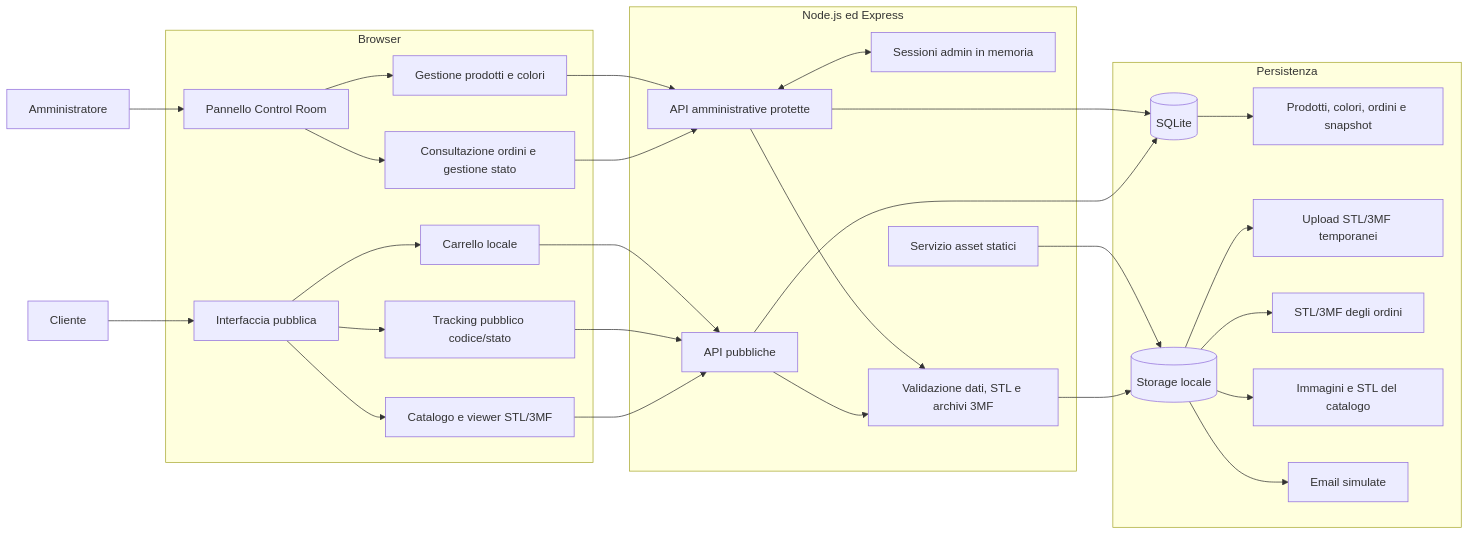
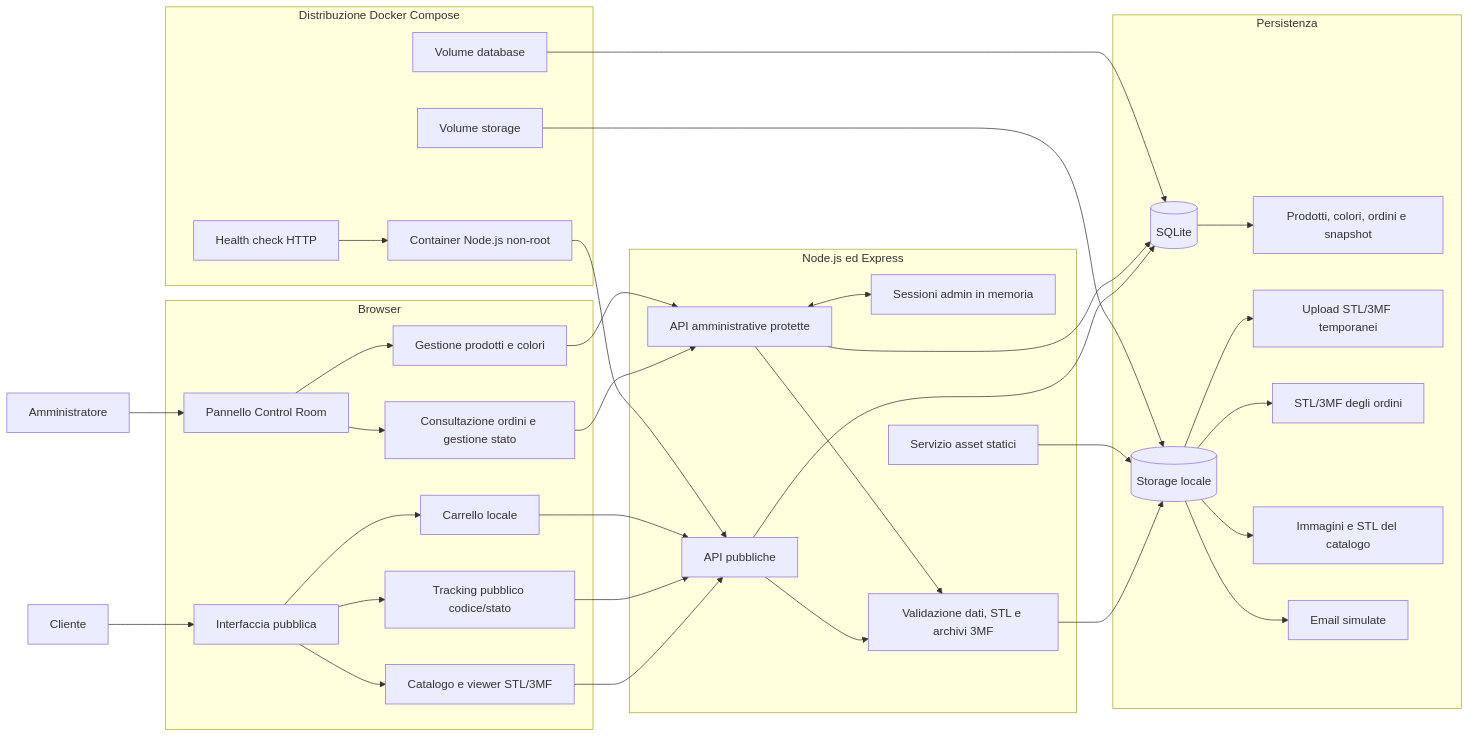
Before and after one commit to Moffoletta/pixel-print-lab: the first of 4 diagrams in docs/ARCHITETTURA.md, drawn with Mermaid. The commit also changed other lines of this file and 8 other files, not shown here.

````diff
--- a/docs/ARCHITETTURA.md
+++ b/docs/ARCHITETTURA.md
@@ -15,48 +15,59 @@
 ```mermaid
 flowchart LR
   Cliente[Cliente]
   Admin[Amministratore]
 
   subgraph Browser
     Pubblica[Interfaccia pubblica]
     Pannello[Pannello Control Room]
     Pubblica --> CatalogoUI[Catalogo e viewer STL/3MF]
     Pubblica --> TrackingUI[Tracking pubblico codice/stato]
     Pubblica --> Carrello[Carrello locale]
     Pannello --> OrdiniUI[Consultazione ordini e gestione stato]
     Pannello --> CatalogoAdmin[Gestione prodotti e colori]
   end
 
   subgraph Server[Node.js ed Express]
     API[API pubbliche]
     APIAdmin[API amministrative protette]
     Sessioni[Sessioni admin in memoria]
     Validazione[Validazione dati, STL e archivi 3MF]
     Asset[Servizio asset statici]
     APIAdmin <--> Sessioni
     API --> Validazione
     APIAdmin --> Validazione
   end
 
   subgraph Persistenza
     DB[(SQLite)]
     Storage[(Storage locale)]
     DB --> Tabelle[Prodotti, colori, ordini e snapshot]
     Storage --> Upload[Upload STL/3MF temporanei]
     Storage --> FileOrdini[STL/3MF degli ordini]
     Storage --> FileCatalogo[Immagini e STL del catalogo]
     Storage --> Email[Email simulate]
   end
 
+  subgraph Docker[Distribuzione Docker Compose]
+    Container[Container Node.js non-root]
+    VolumeDB[Volume database]
+    VolumeStorage[Volume storage]
+    Health[Health check HTTP]
+    Health --> Container
+  end
+
   Cliente --> Pubblica
   Admin --> Pannello
   CatalogoUI --> API
   TrackingUI --> API
   Carrello --> API
   OrdiniUI --> APIAdmin
   CatalogoAdmin --> APIAdmin
   API --> DB
   APIAdmin --> DB
   Validazione --> Storage
   Asset --> Storage
+  Container --> API
+  VolumeDB --> DB
+  VolumeStorage --> Storage
 ```
````
